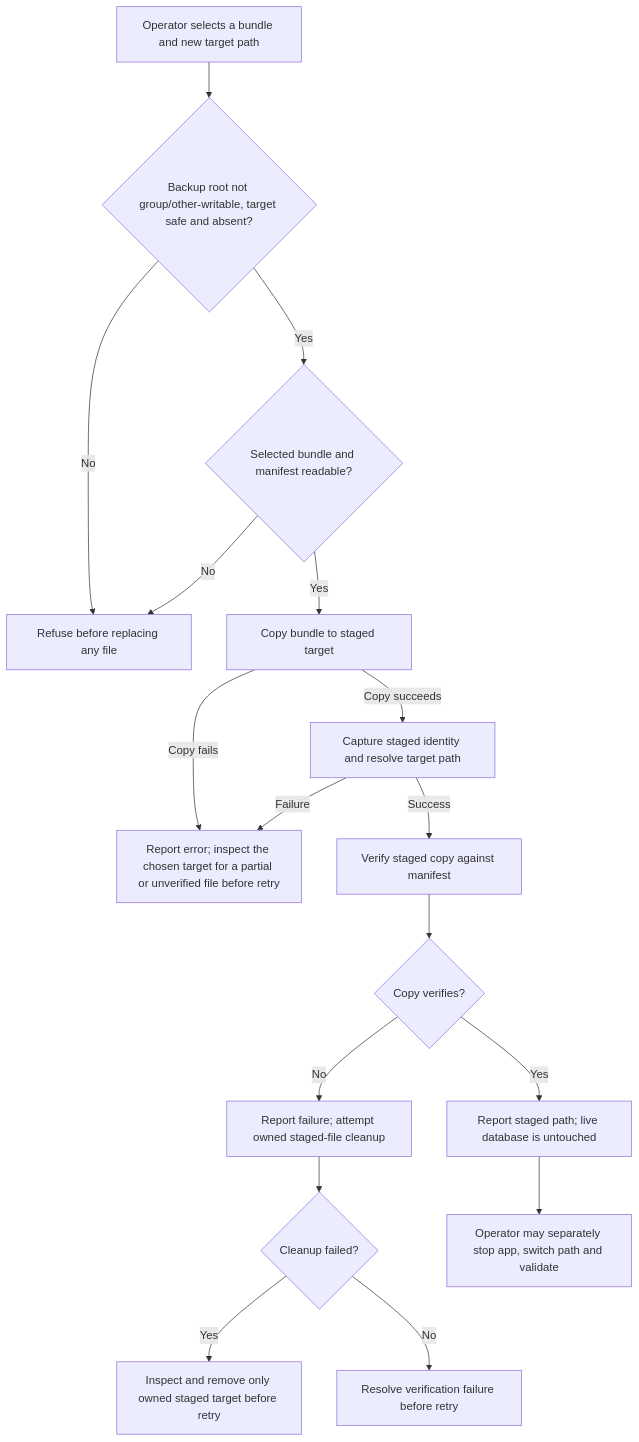
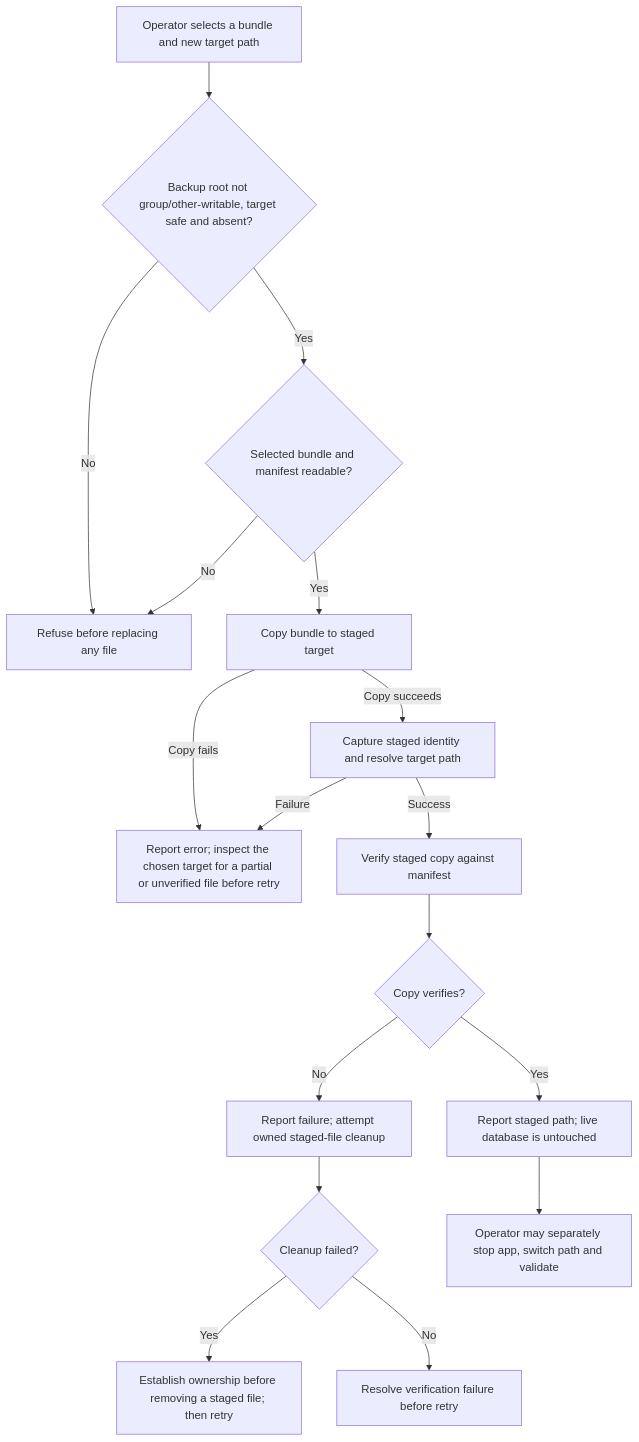
One commit to Kevinjohn/oss-adonisjs-sqlite-backup changed the first of 2 diagrams in user-stories/prepare-restore/us-op-04-prepare-restore.md. Above: the diagram before and after it, drawn with Mermaid. The commit also changed other lines of this file and 7 other files, not shown here.

````diff
--- a/user-stories/prepare-restore/us-op-04-prepare-restore.md
+++ b/user-stories/prepare-restore/us-op-04-prepare-restore.md
@@ -31,19 +31,19 @@
 ```mermaid
 flowchart TD
     A["Operator selects a bundle and new target path"] --> B{"Backup root not group/other-writable, target safe and absent?"}
     B -->|No| C["Refuse before replacing any file"]
     B -->|Yes| S{"Selected bundle and manifest readable?"}
     S -->|No| C
     S -->|Yes| D["Copy bundle to staged target"]
     D -->|Copy fails| CF["Report error; inspect the chosen target for a partial or unverified file before retry"]
     D -->|Copy succeeds| ID["Capture staged identity and resolve target path"]
     ID -->|Failure| CF
     ID -->|Success| E["Verify staged copy against manifest"]
     E --> F{"Copy verifies?"}
     F -->|No| G["Report failure; attempt owned staged-file cleanup"]
     G --> J{"Cleanup failed?"}
-    J -->|Yes| K["Inspect and remove only owned staged target before retry"]
+    J -->|Yes| K["Establish ownership before removing a staged file; then retry"]
     J -->|No| L["Resolve verification failure before retry"]
     F -->|Yes| H["Report staged path; live database is untouched"]
     H --> I["Operator may separately stop app, switch path and validate"]
 ```
````
